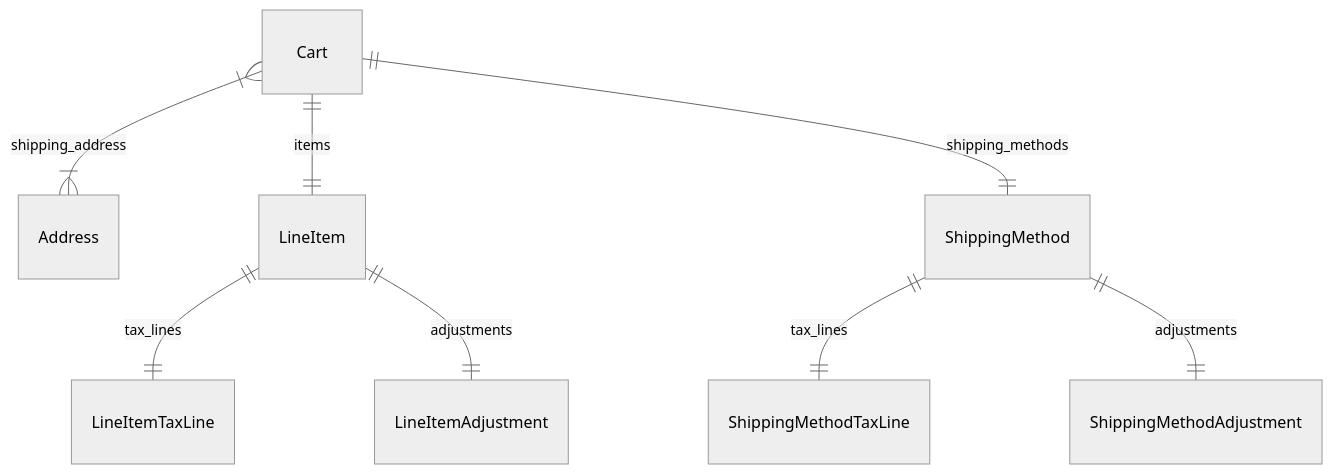
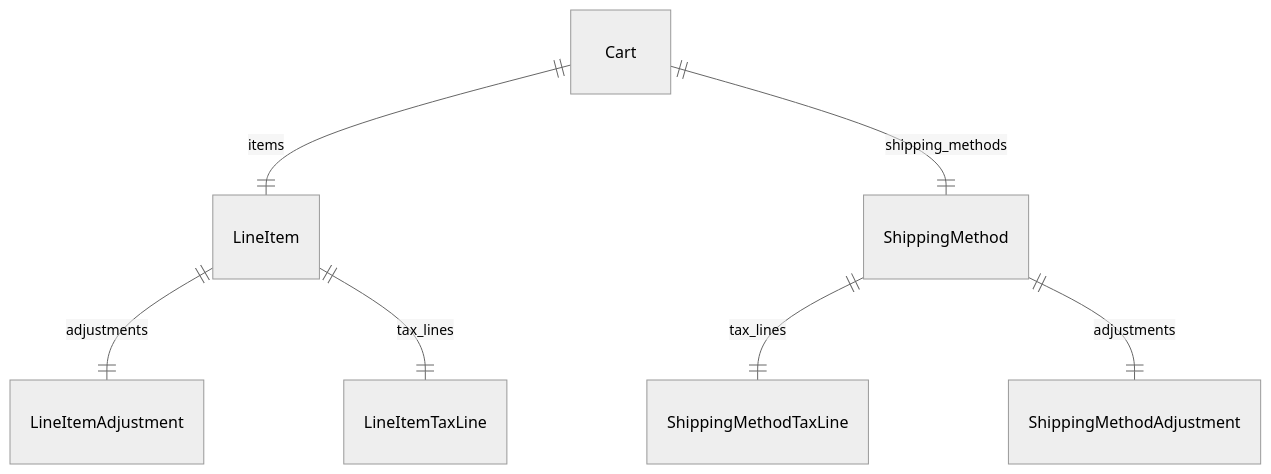
One commit to zaaakher/medusa changed the diagram in www/apps/resources/references/modules/cart_models/page.mdx. Above: the diagram before and after it, drawn with Mermaid (neutral theme). The commit also changed other lines of this file and 1108 other files, not shown here.

````diff
--- a/www/apps/resources/references/modules/cart_models/page.mdx
+++ b/www/apps/resources/references/modules/cart_models/page.mdx
@@ -14,11 +14,10 @@
 ```mermaid
 erDiagram
-	Cart }|--|{ Address : shipping_address
 	Cart ||--|| LineItem : items
 	Cart ||--|| ShippingMethod : shipping_methods
+	LineItem ||--|| LineItemAdjustment : adjustments
 	LineItem ||--|| LineItemTaxLine : tax_lines
-	LineItem ||--|| LineItemAdjustment : adjustments
 	ShippingMethod ||--|| ShippingMethodTaxLine : tax_lines
 	ShippingMethod ||--|| ShippingMethodAdjustment : adjustments
 
 ```
````
